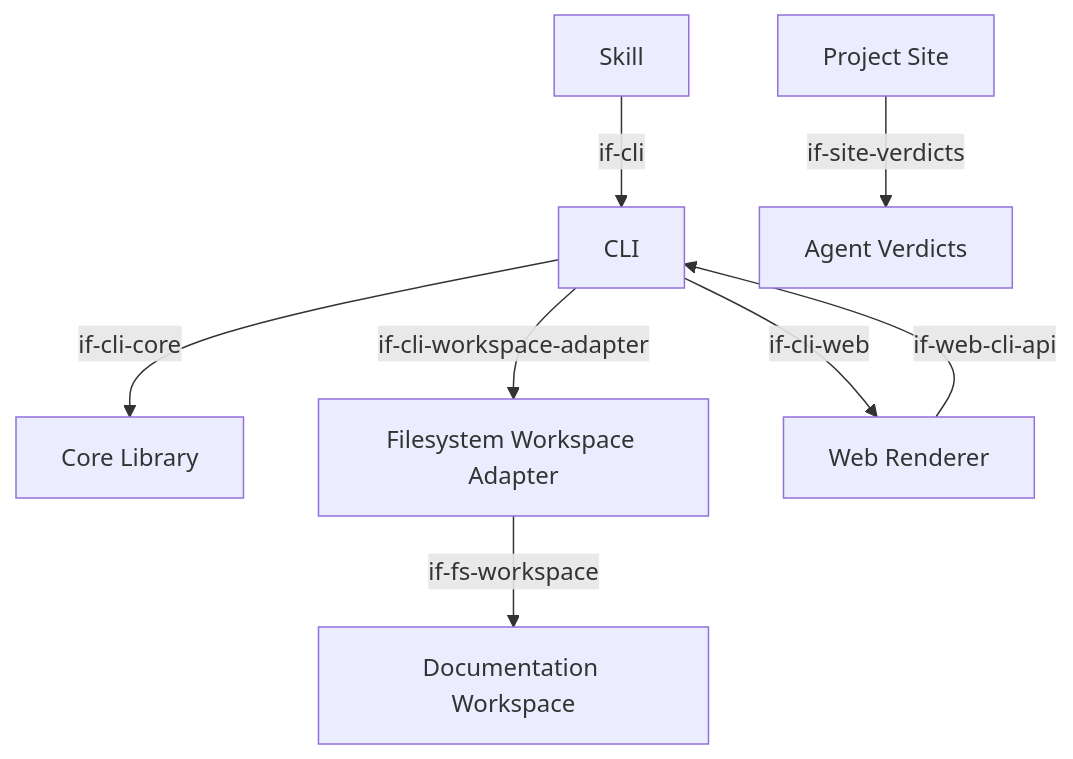
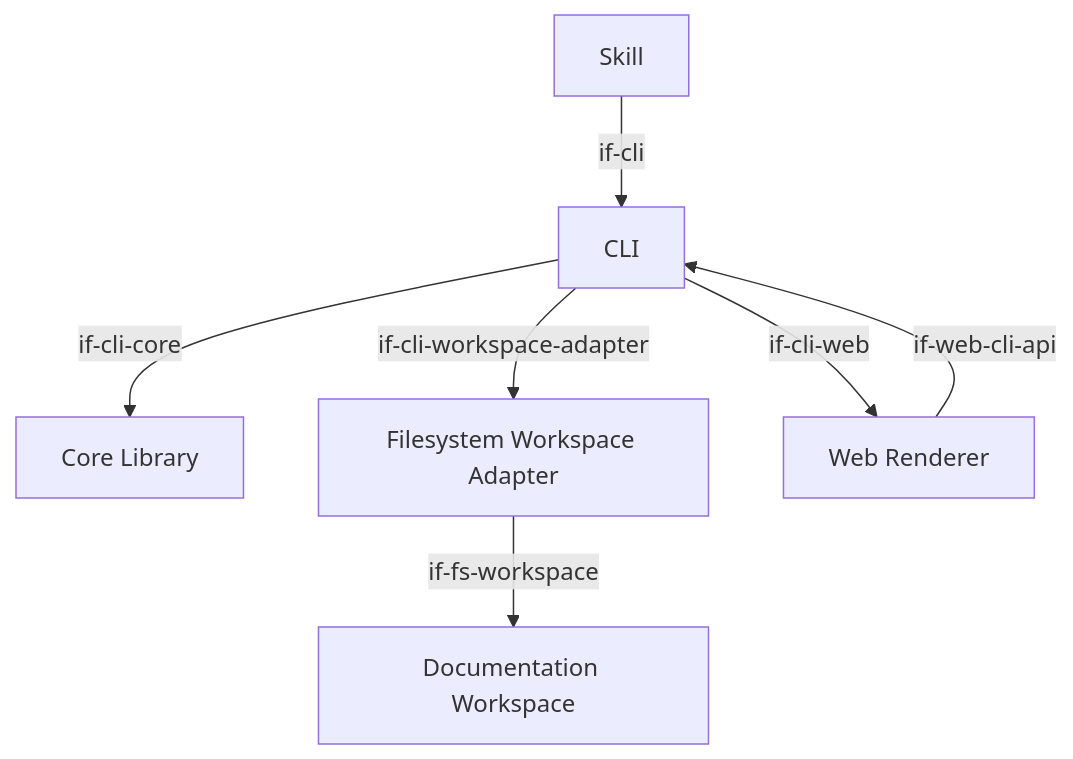
The first of 3 diagrams in docs/arc42/05-building-blocks.arc42.md (docToolchain/arc42-language), drawn with Mermaid before and after one commit. The commit also changed other lines of this file and 6 other files, not shown here.

````diff
--- a/docs/arc42/05-building-blocks.arc42.md
+++ b/docs/arc42/05-building-blocks.arc42.md
@@ -16,19 +16,16 @@
 ```mermaid
 graph TD
     bb-cli["CLI"]
     bb-core["Core Library"]
     bb-workspace-fs["Filesystem Workspace Adapter"]
     bb-skill["Skill"]
     bb-web-renderer["Web Renderer"]
     bb-workspace["Documentation Workspace"]
-    bb-site["Project Site"]
-    bb-verdicts["Agent Verdicts"]
 
     bb-cli -->|"if-cli-core"| bb-core
     bb-cli -->|"if-cli-workspace-adapter"| bb-workspace-fs
     bb-workspace-fs -->|"if-fs-workspace"| bb-workspace
     bb-cli -->|"if-cli-web"| bb-web-renderer
     bb-web-renderer -->|"if-web-cli-api"| bb-cli
     bb-skill -->|"if-cli"| bb-cli
-    bb-site -->|"if-site-verdicts"| bb-verdicts
 ```
````
